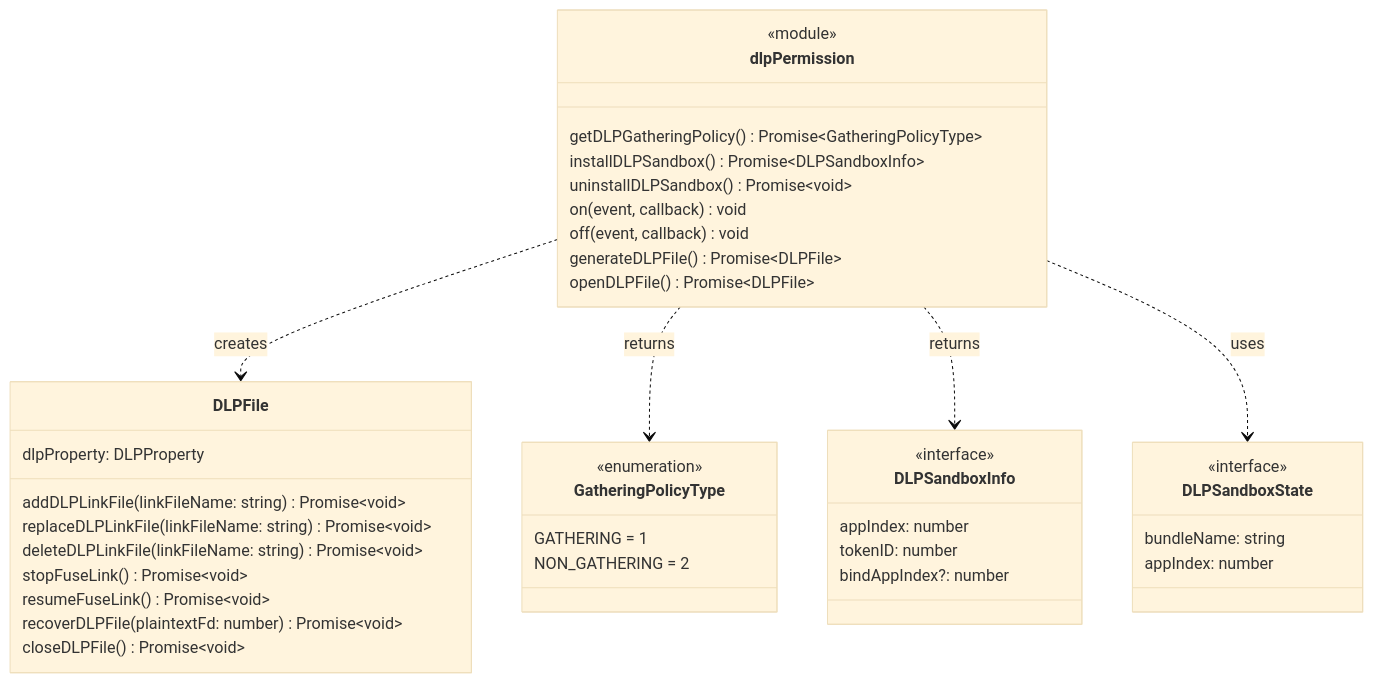
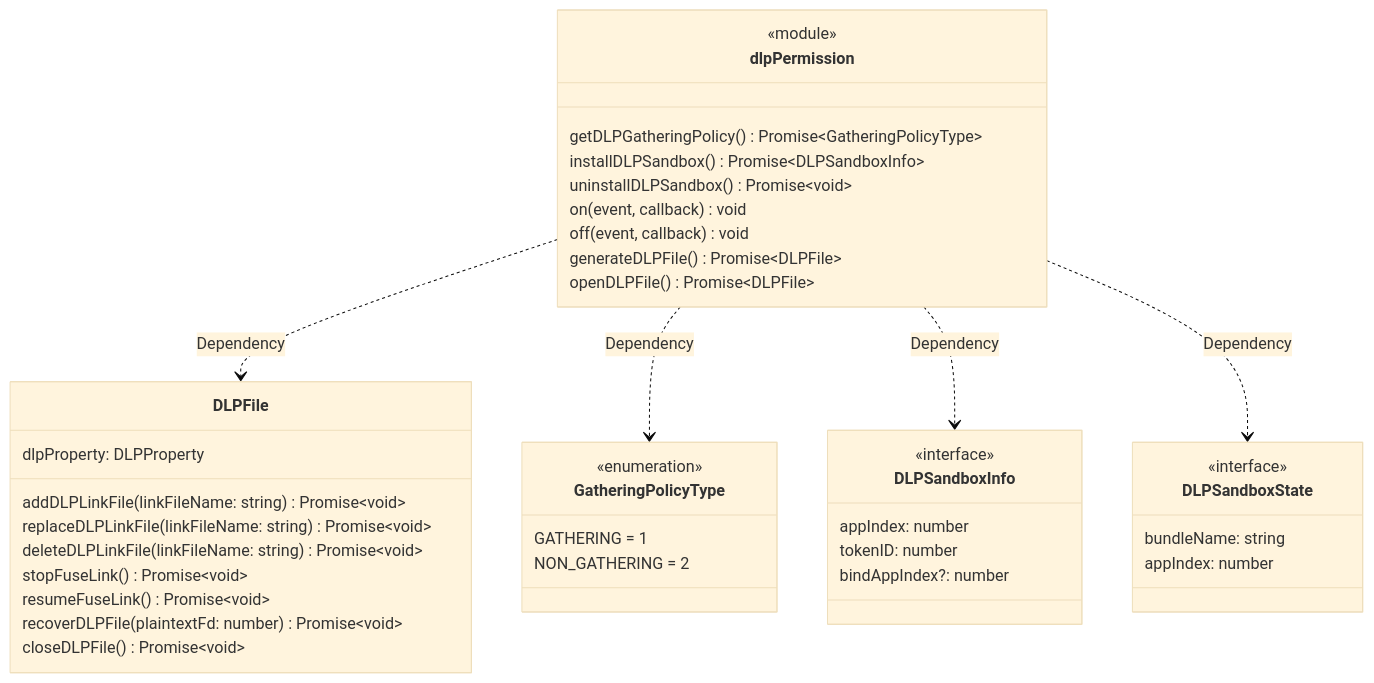
The diagram in zh-cn/application-dev/reference/apis-data-protection-kit/js-apis-dlppermission-sys.md (openharmony-rs/openharmony-docs), drawn with Mermaid (base theme) before and after one commit.

Commit message:
update: 更新文件 js-apis-dlppermission-sys.md

````diff
--- a/zh-cn/application-dev/reference/apis-data-protection-kit/js-apis-dlppermission-sys.md
+++ b/zh-cn/application-dev/reference/apis-data-protection-kit/js-apis-dlppermission-sys.md
@@ -44,48 +44,48 @@
 ```mermaid
 classDiagram
     class dlpPermission {
         <<module>>
         getDLPGatheringPolicy() Promise~GatheringPolicyType~
         installDLPSandbox() Promise~DLPSandboxInfo~
         uninstallDLPSandbox() Promise~void~
         on(event, callback) void
         off(event, callback) void
         generateDLPFile() Promise~DLPFile~
         openDLPFile() Promise~DLPFile~
     }
     
     class DLPFile {
         dlpProperty: DLPProperty
         addDLPLinkFile(linkFileName: string) Promise~void~
         replaceDLPLinkFile(linkFileName: string) Promise~void~
         deleteDLPLinkFile(linkFileName: string) Promise~void~
         stopFuseLink() Promise~void~
         resumeFuseLink() Promise~void~
         recoverDLPFile(plaintextFd: number) Promise~void~
         closeDLPFile() Promise~void~
     }
     
     class GatheringPolicyType {
         <<enumeration>>
         GATHERING = 1
         NON_GATHERING = 2
     }
     
     class DLPSandboxInfo {
         <<interface>>
         appIndex: number
         tokenID: number
         bindAppIndex?: number
     }
     
     class DLPSandboxState {
         <<interface>>
         bundleName: string
         appIndex: number
     }
     
-    dlpPermission ..> DLPFile : creates
-    dlpPermission ..> GatheringPolicyType : returns
-    dlpPermission ..> DLPSandboxInfo : returns
-    dlpPermission ..> DLPSandboxState : uses
+    dlpPermission ..> DLPFile : Dependency
+    dlpPermission ..> GatheringPolicyType : Dependency
+    dlpPermission ..> DLPSandboxInfo : Dependency
+    dlpPermission ..> DLPSandboxState : Dependency
 ```
````
